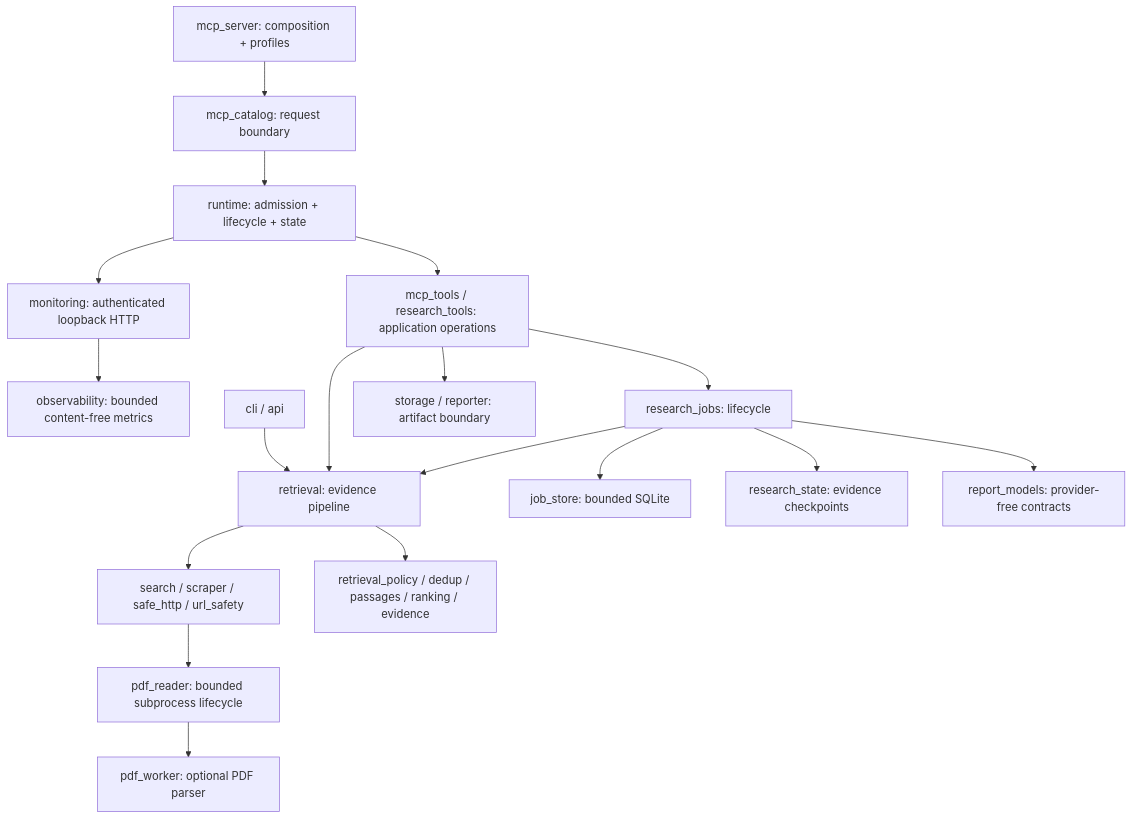
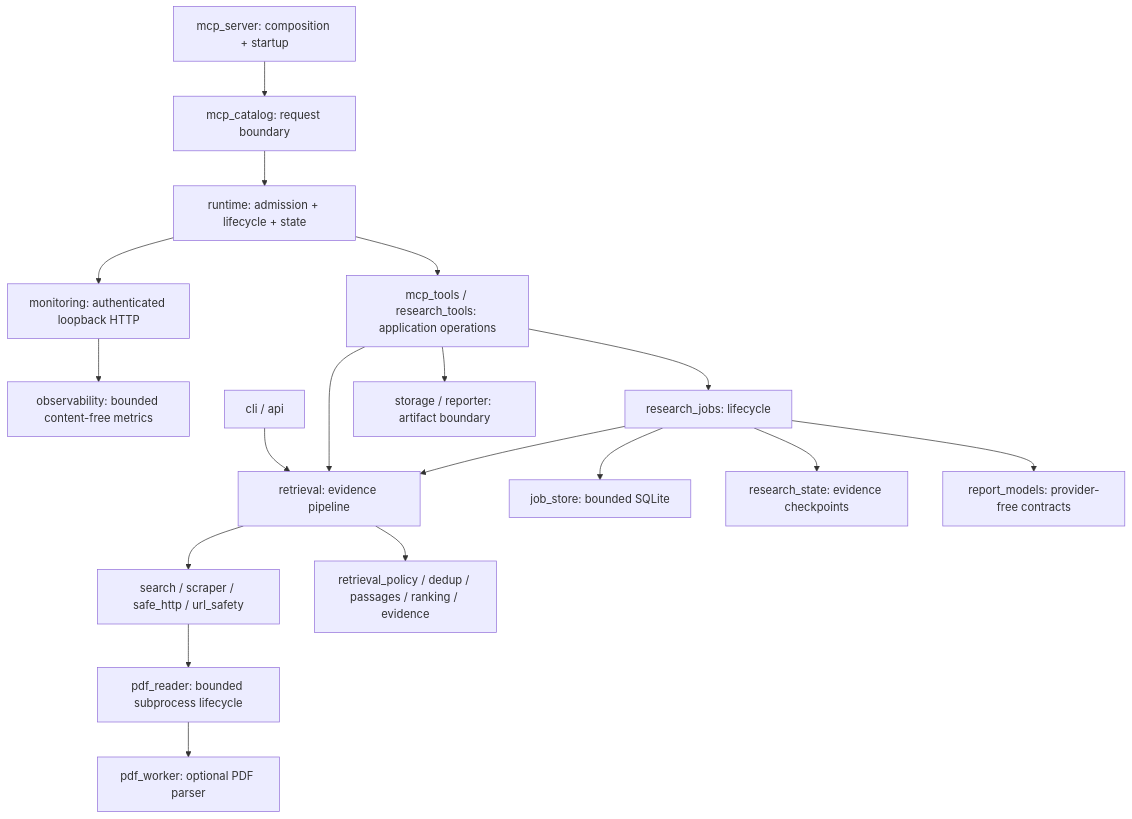
One commit to chriswu727/sibyl changed the diagram in docs/MCP_ARCHITECTURE.md. Above: the diagram before and after it, drawn with Mermaid. The commit also changed other lines of this file and 55 other files, not shown here.

````diff
--- a/docs/MCP_ARCHITECTURE.md
+++ b/docs/MCP_ARCHITECTURE.md
@@ -40,20 +40,20 @@
 ```mermaid
 flowchart TD
-    MCP[mcp_server: composition + profiles] --> CAT[mcp_catalog: request boundary]
+    MCP[mcp_server: composition + startup] --> CAT[mcp_catalog: request boundary]
     CAT --> RT[runtime: admission + lifecycle + state]
     RT --> TOOLS[mcp_tools / research_tools: application operations]
     RT --> MON[monitoring: authenticated loopback HTTP]
     MON --> MET[observability: bounded content-free metrics]
     CLI[cli / api] --> RET[retrieval: evidence pipeline]
     TOOLS --> RET
     RET --> NET[search / scraper / safe_http / url_safety]
     NET --> PDF[pdf_reader: bounded subprocess lifecycle]
     PDF --> PARSER[pdf_worker: optional PDF parser]
     RET --> PURE[retrieval_policy / dedup / passages / ranking / evidence]
     TOOLS --> JOB[research_jobs: lifecycle]
     JOB --> DB[job_store: bounded SQLite]
     JOB --> STATE[research_state: evidence checkpoints]
     JOB --> RET
     JOB --> MODELS[report_models: provider-free contracts]
     TOOLS --> STORE[storage / reporter: artifact boundary]
 ```
````
